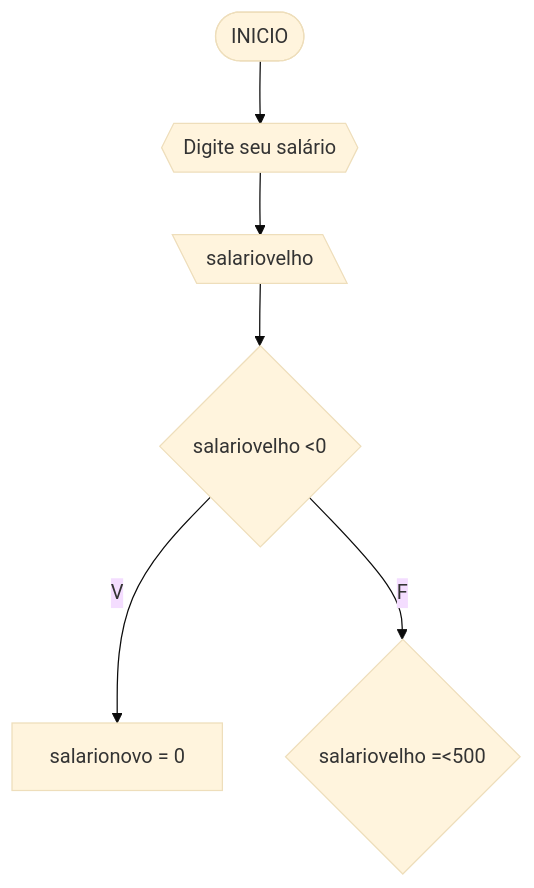
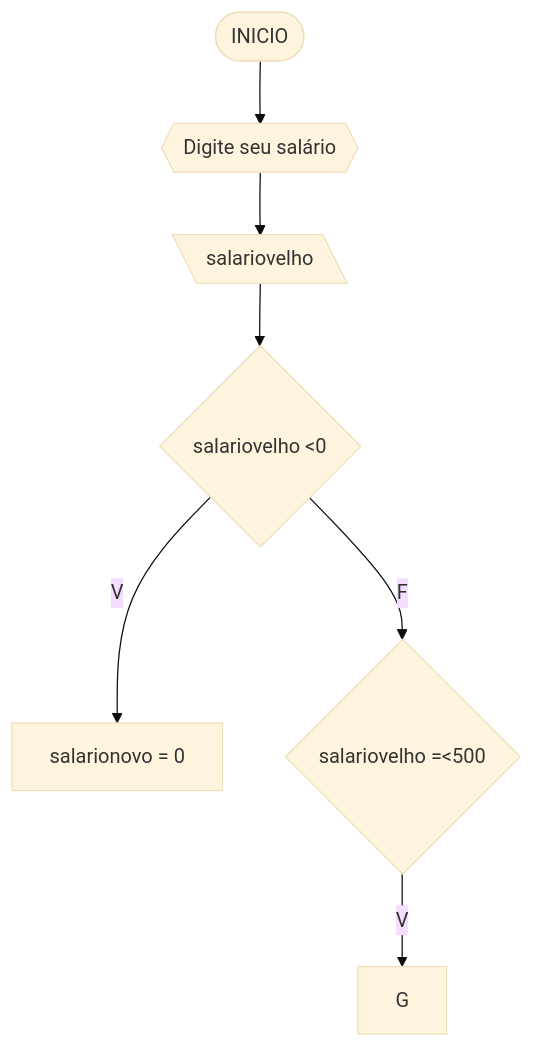
The second of 4 diagrams in codigos.md (MozillaFirefox/UNIFOR), drawn with Mermaid (base theme) before and after one commit. The commit also changed other lines of this file, not shown here.

````diff
--- a/codigos.md
+++ b/codigos.md
@@ -61,10 +61,10 @@
 ```mermaid
 flowchart TD
 A([INICIO]) --> B{{Digite seu salário}}
 B --> C[\salariovelho\]
 C --> D{salariovelho <0}
 D --V--> E[salarionovo = 0]
 D--F--> F{salariovelho =<500}
-
+F--V-->G  
 
 ```
````
